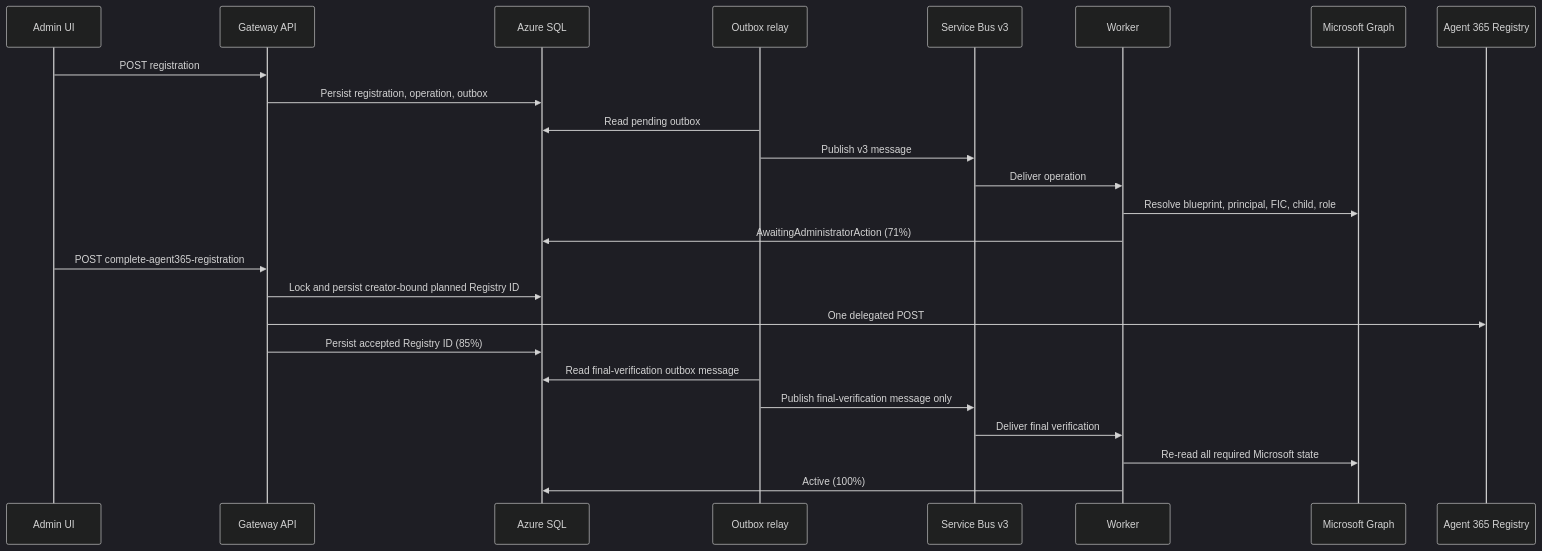
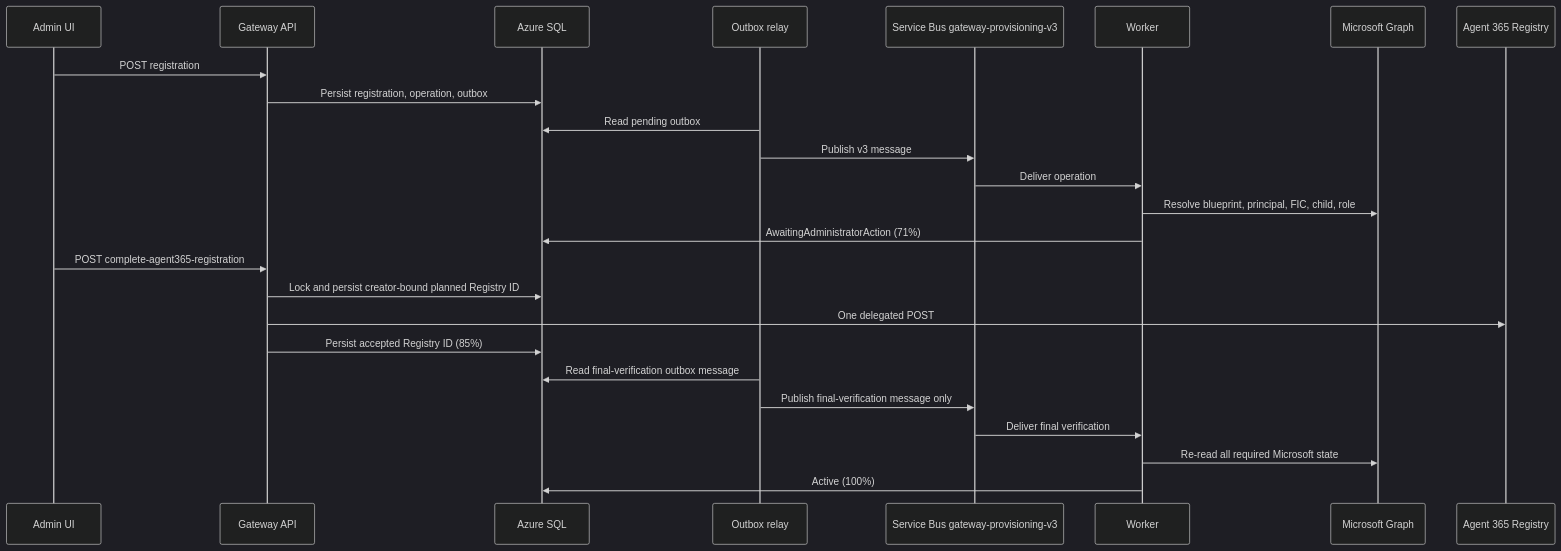
The third of 4 diagrams in docs/architecture/system-architecture.md (patrick-shim/a365-custom-gateway), drawn with Mermaid (dark theme) before and after one commit. The commit also changed other lines of this file and 44 other files, not shown here.

````diff
--- a/docs/architecture/system-architecture.md
+++ b/docs/architecture/system-architecture.md
@@ -82,28 +85,28 @@
 ```mermaid
 sequenceDiagram
     participant UI as Admin UI
     participant API as Gateway API
     participant DB as Azure SQL
     participant O as Outbox relay
-    participant Q as Service Bus v3
+    participant Q as Service Bus gateway-provisioning-v3
     participant W as Worker
     participant G as Microsoft Graph
     participant R as Agent 365 Registry
 
     UI->>API: POST registration
     API->>DB: Persist registration, operation, outbox
     O->>DB: Read pending outbox
     O->>Q: Publish v3 message
     Q->>W: Deliver operation
     W->>G: Resolve blueprint, principal, FIC, child, role
     W->>DB: AwaitingAdministratorAction (71%)
     UI->>API: POST complete-agent365-registration
     API->>DB: Lock and persist creator-bound planned Registry ID
     API->>R: One delegated POST
     API->>DB: Persist accepted Registry ID (85%)
     O->>DB: Read final-verification outbox message
     O->>Q: Publish final-verification message only
     Q->>W: Deliver final verification
     W->>G: Re-read all required Microsoft state
     W->>DB: Active (100%)
 ```
````
